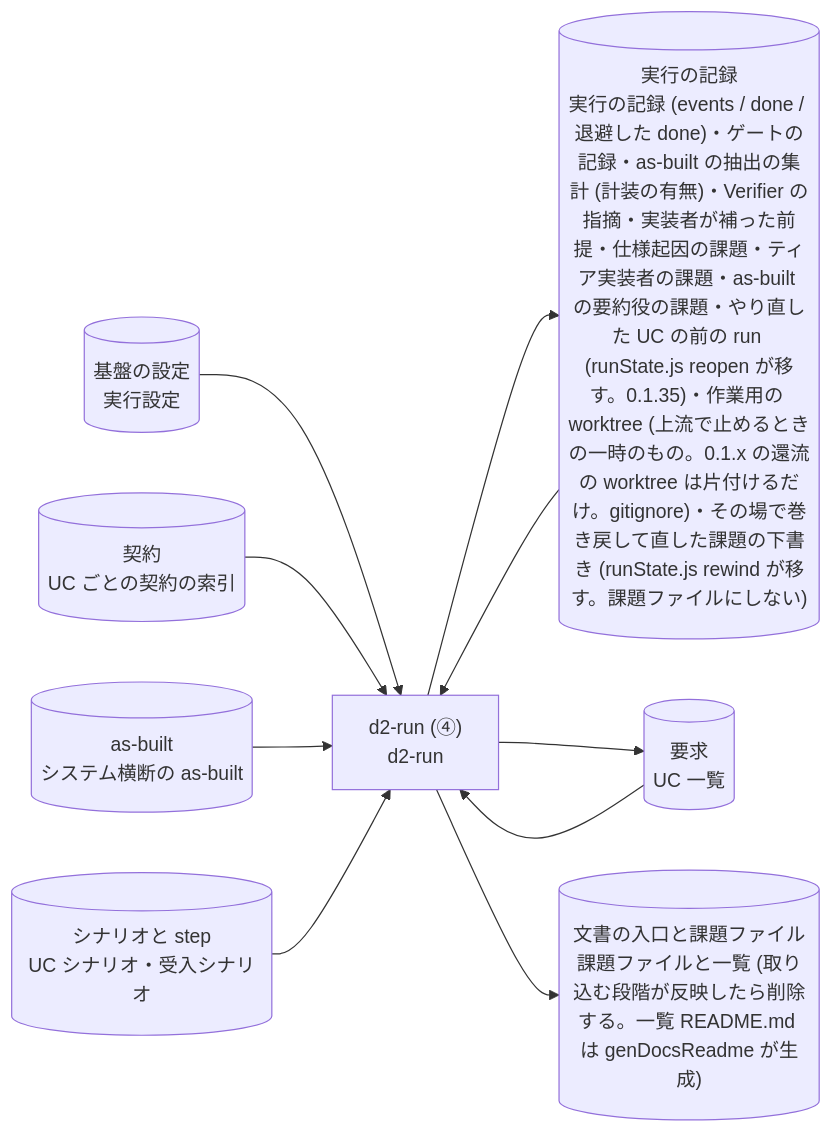
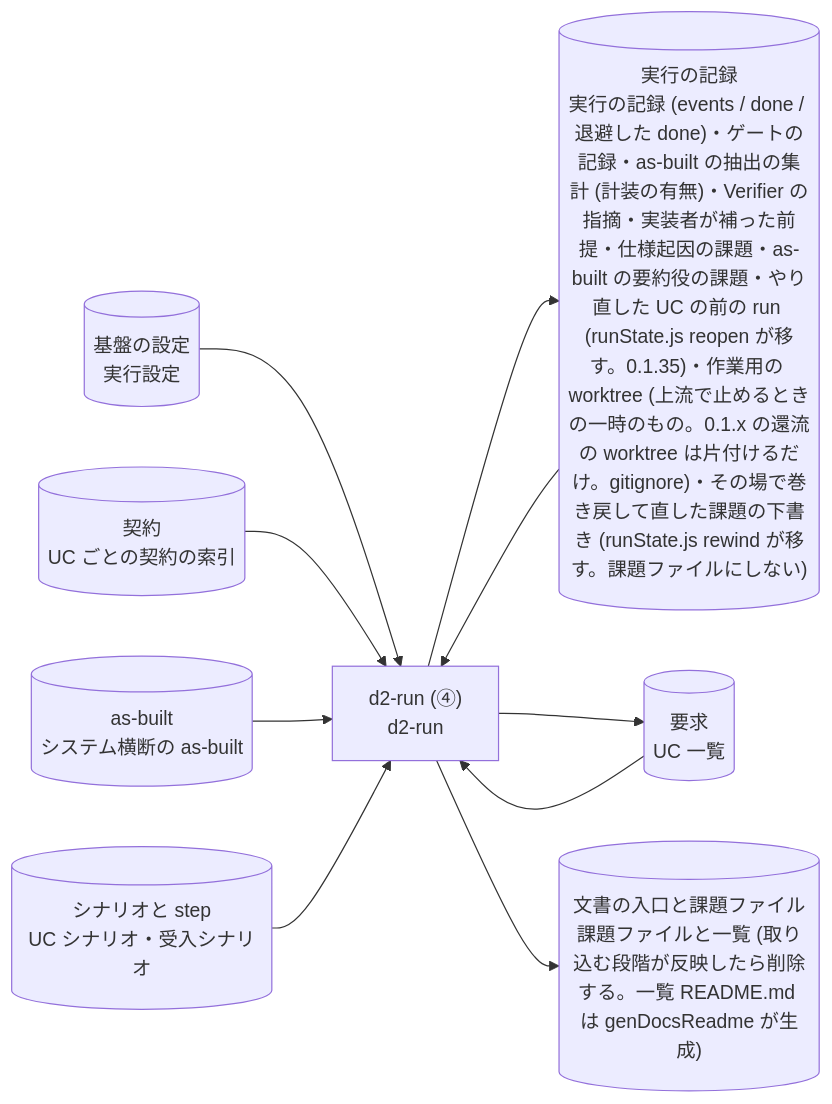
Diagram 41 of 53 in plugins/distillery2/skills/d2-common/references/dataflow.md (suwa-sh/suwa-sh-claude-plugins), drawn with Mermaid before and after one commit. The commit also changed other lines of this file and 19 other files, not shown here.

````diff
--- a/plugins/distillery2/skills/d2-common/references/dataflow.md
+++ b/plugins/distillery2/skills/d2-common/references/dataflow.md
@@ -1020,20 +1040,20 @@
 ```mermaid
 flowchart LR
   p_run_uc["d2-run (④)<br/>d2-run"]
   g_settings[("基盤の設定<br/>実行設定")]
   g_requirements[("要求<br/>UC 一覧")]
-  g_run[("実行の記録<br/>実行の記録 (events / done / 退避した done)・ゲートの記録・as-built の抽出の集計 (計装の有無)・Verifier の指摘・実装者が補った前提・仕様起因の課題・ティア実装者の課題・as-built の要約役の課題・やり直した UC の前の run (runState.js reopen が移す。0.1.35)・作業用の worktree (上流で止めるときの一時のもの。0.1.x の還流の worktree は片付けるだけ。gitignore)・その場で巻き戻して直した課題の下書き (runState.js rewind が移す。課題ファイルにしない)")]
+  g_run[("実行の記録<br/>実行の記録 (events / done / 退避した done)・ゲートの記録・as-built の抽出の集計 (計装の有無)・Verifier の指摘・実装者が補った前提・仕様起因の課題・as-built の要約役の課題・やり直した UC の前の run (runState.js reopen が移す。0.1.35)・作業用の worktree (上流で止めるときの一時のもの。0.1.x の還流の worktree は片付けるだけ。gitignore)・その場で巻き戻して直した課題の下書き (runState.js rewind が移す。課題ファイルにしない)")]
   g_contracts[("契約<br/>UC ごとの契約の索引")]
   g_asbuilt[("as-built<br/>システム横断の as-built")]
   g_scenarios[("シナリオと step<br/>UC シナリオ・受入シナリオ")]
   g_docs[("文書の入口と課題ファイル<br/>課題ファイルと一覧 (取り込む段階が反映したら削除する。一覧 README.md は genDocsReadme が生成)")]
   g_settings --> p_run_uc
   g_requirements --> p_run_uc
   g_run --> p_run_uc
   g_contracts --> p_run_uc
   g_asbuilt --> p_run_uc
   g_scenarios --> p_run_uc
   p_run_uc --> g_run
   p_run_uc --> g_requirements
   p_run_uc --> g_docs
 ```
````
